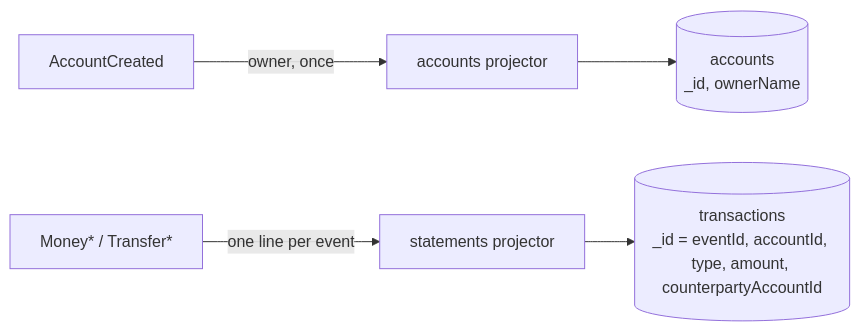
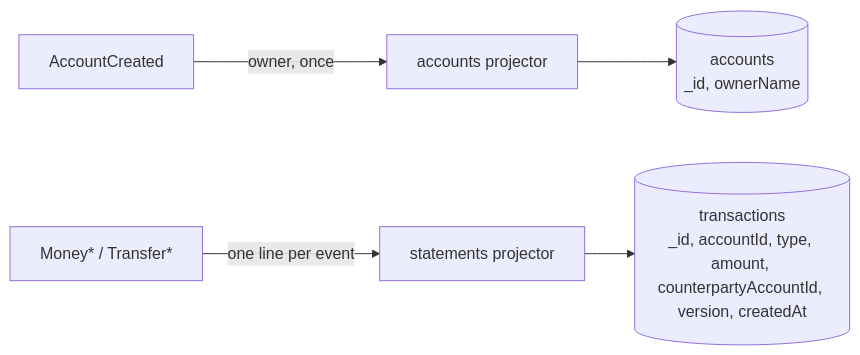
The second of 3 diagrams in README.md (gianluca-pettenon/idempotent-ledger), drawn with Mermaid before and after one commit. The commit also changed 3 other files, not shown here.

````diff
--- a/README.md
+++ b/README.md
@@ -58,14 +58,14 @@
 ```mermaid
 flowchart LR
     created["AccountCreated"]
     movement["Money* / Transfer*"]
     owners["accounts projector"]
     statements["statements projector"]
     accounts[("accounts<br/>_id, ownerName")]
-    transactions[("transactions<br/>_id = eventId, accountId, type, amount, counterpartyAccountId")]
+    transactions[("transactions<br/>_id, accountId, type, amount, counterpartyAccountId, version, createdAt")]
 
     created -- "owner, once" --> owners
     owners --> accounts
     movement -- "one line per event" --> statements
     statements --> transactions
 ```
````
